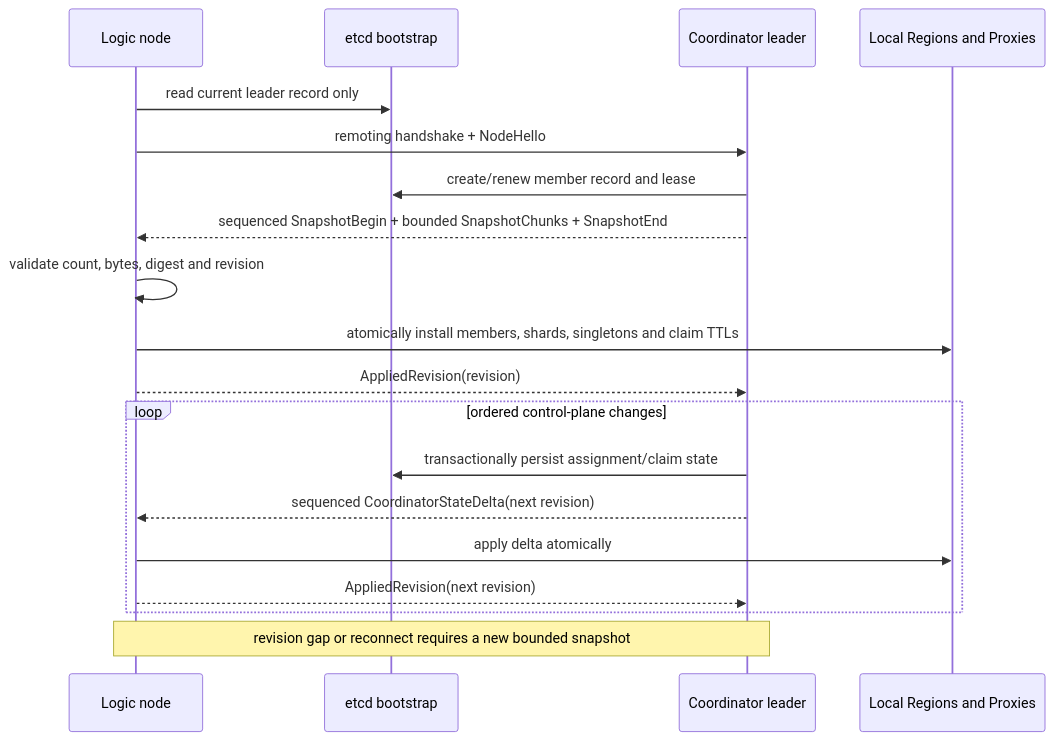
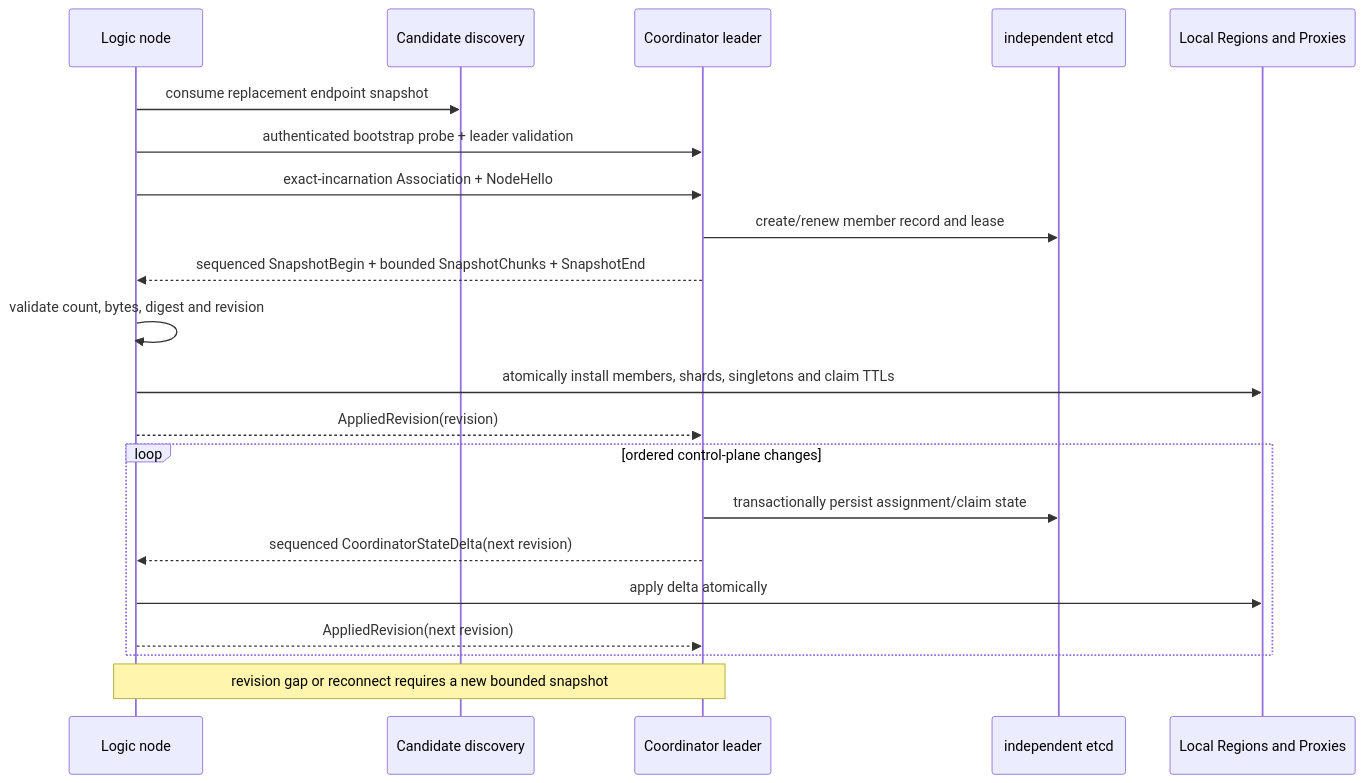
One commit to realm-labs/lattice changed the fourth of 11 diagrams in docs/architecture/00-overview.md. Above: the diagram before and after it, drawn with Mermaid. The commit also changed other lines of this file and 27 other files, not shown here.

````diff
--- a/docs/architecture/00-overview.md
+++ b/docs/architecture/00-overview.md
@@ -330,24 +333,26 @@
 ```mermaid
 sequenceDiagram
     participant N as Logic node
-    participant E as etcd bootstrap
+    participant D as Candidate discovery
     participant C as Coordinator leader
+    participant E as independent etcd
     participant R as Local Regions and Proxies
 
-    N->>E: read current leader record only
-    N->>C: remoting handshake + NodeHello
+    N->>D: consume replacement endpoint snapshot
+    N->>C: authenticated bootstrap probe + leader validation
+    N->>C: exact-incarnation Association + NodeHello
     C->>E: create/renew member record and lease
     C-->>N: sequenced SnapshotBegin + bounded SnapshotChunks + SnapshotEnd
     N->>N: validate count, bytes, digest and revision
     N->>R: atomically install members, shards, singletons and claim TTLs
     N-->>C: AppliedRevision(revision)
 
     loop ordered control-plane changes
         C->>E: transactionally persist assignment/claim state
         C-->>N: sequenced CoordinatorStateDelta(next revision)
         N->>R: apply delta atomically
         N-->>C: AppliedRevision(next revision)
     end
 
     Note over N,C: revision gap or reconnect requires a new bounded snapshot
 ```
````
